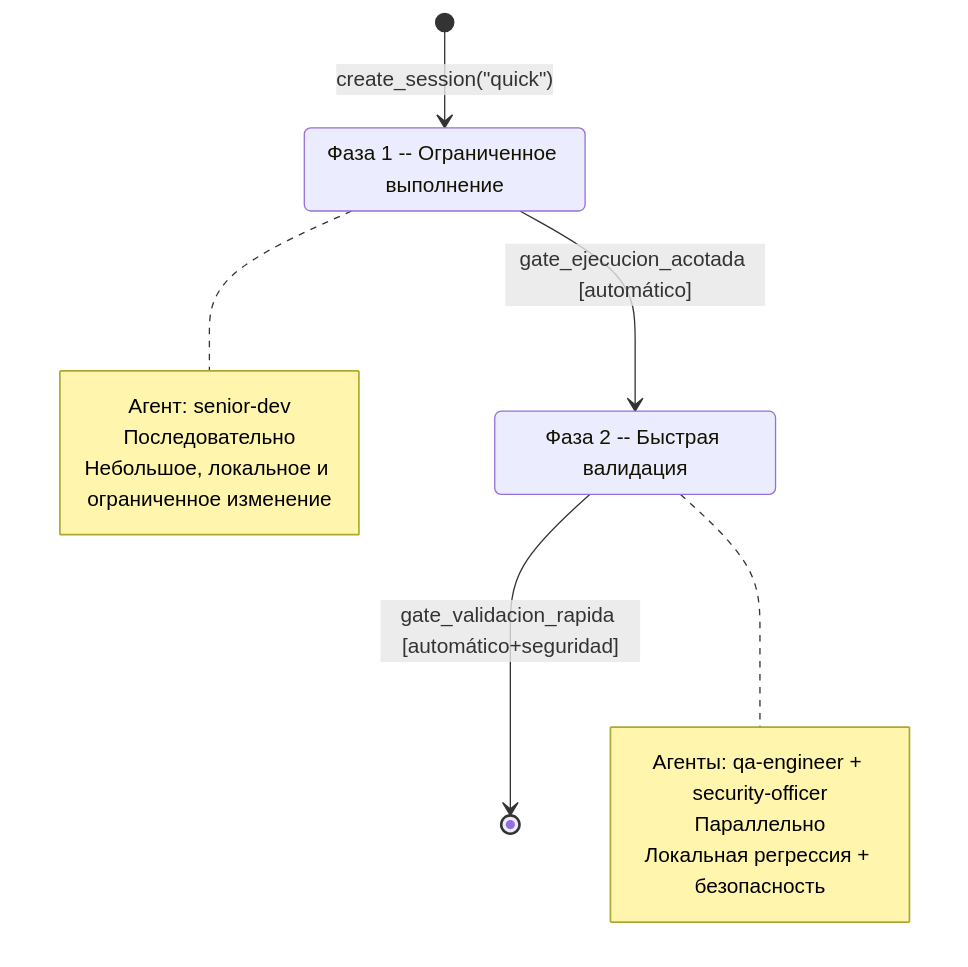
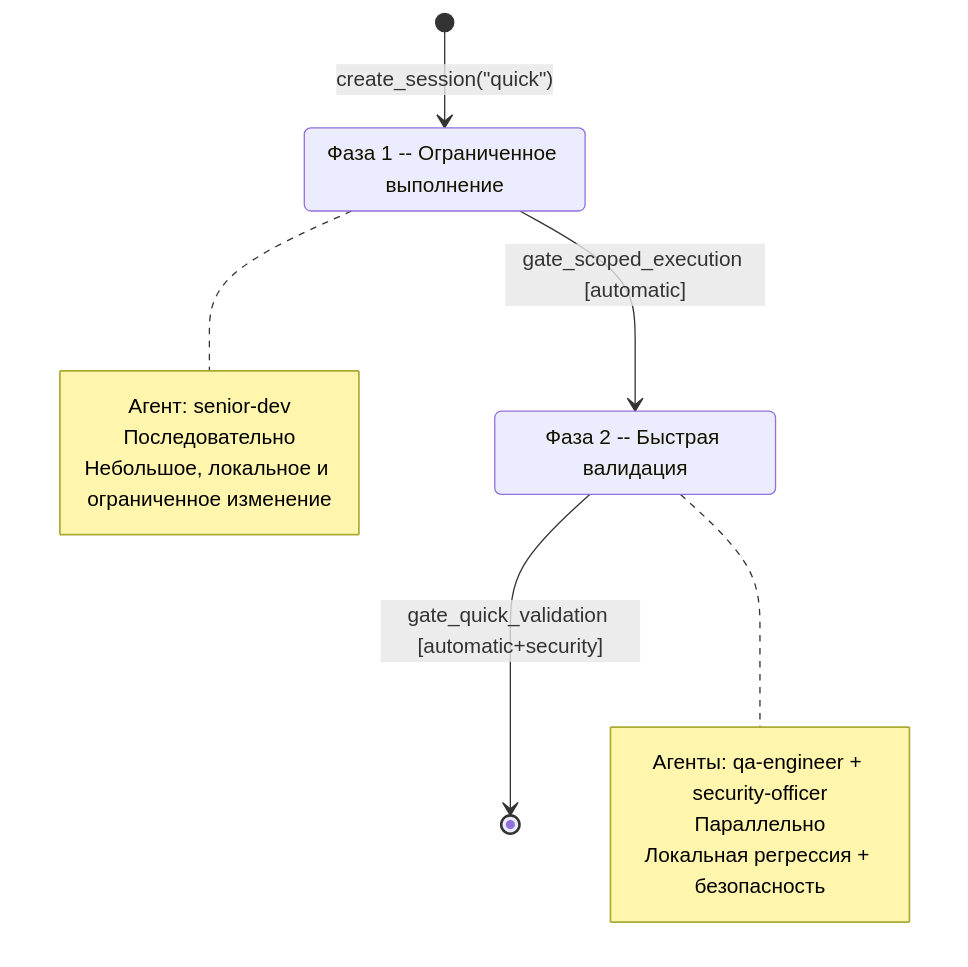
The fourth of 7 diagrams in docs/flows.md (grigoriev/alfred-dev), drawn with Mermaid before and after one commit. The commit also changed other lines of this file and 106 other files, not shown here.

````diff
--- a/docs/flows.md
+++ b/docs/flows.md
@@ -397,24 +397,24 @@
 ```mermaid
 stateDiagram-v2
     direction TB
 
-    [*] --> ejecucion_acotada: create_session("quick")
+    [*] --> scoped_execution: create_session("quick")
 
-    state "Фаза 1 -- Ограниченное выполнение" as ejecucion_acotada
-    state "Фаза 2 -- Быстрая валидация" as validacion_rapida
+    state "Фаза 1 -- Ограниченное выполнение" as scoped_execution
+    state "Фаза 2 -- Быстрая валидация" as quick_validation
 
-    ejecucion_acotada --> validacion_rapida: gate_ejecucion_acotada [automático]
-    validacion_rapida --> [*]: gate_validacion_rapida [automático+seguridad]
+    scoped_execution --> quick_validation: gate_scoped_execution [automatic]
+    quick_validation --> [*]: gate_quick_validation [automatic+security]
 
-    note right of ejecucion_acotada
+    note right of scoped_execution
         Агент: senior-dev
         Последовательно
         Небольшое, локальное и ограниченное изменение
     end note
 
-    note right of validacion_rapida
+    note right of quick_validation
         Агенты: qa-engineer + security-officer
         Параллельно
         Локальная регрессия + безопасность
     end note
 ```
````
